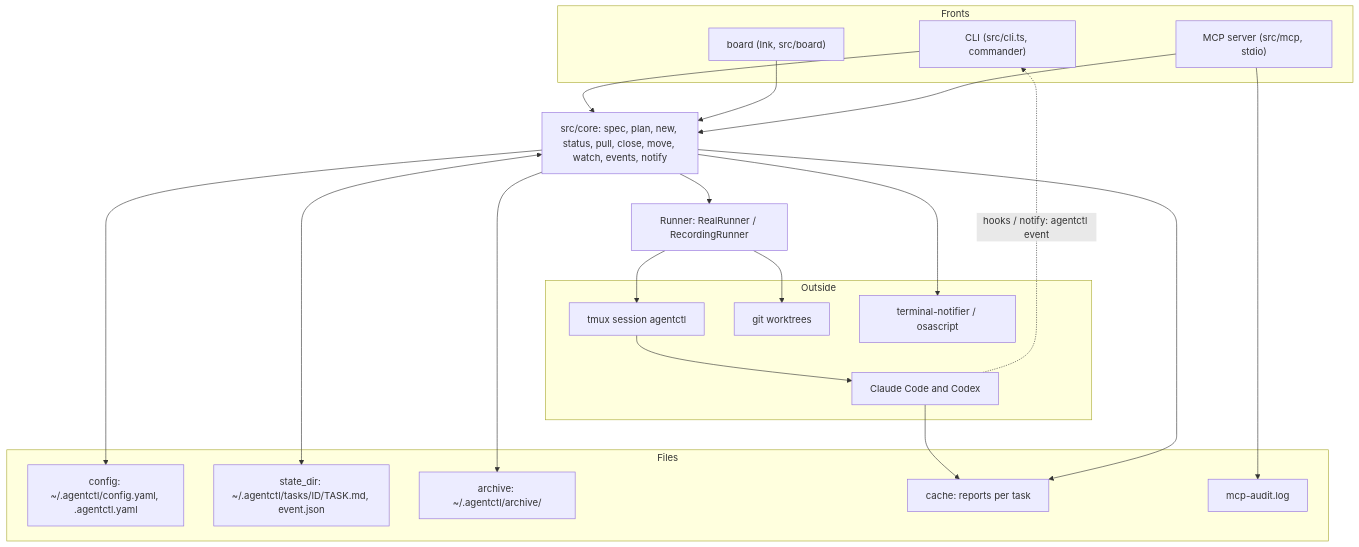
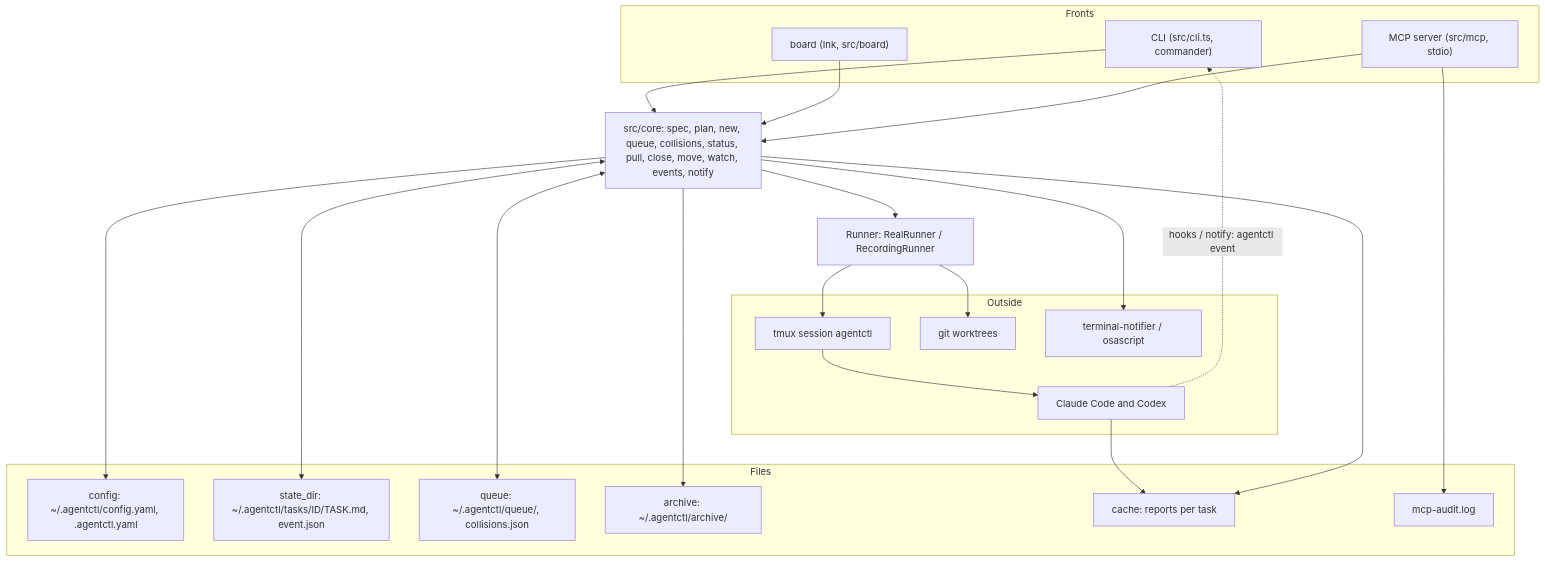
One commit to Setech-pl/agentctl changed the second of 3 diagrams in README.md. Above: the diagram before and after it, drawn with Mermaid. The commit also changed other lines of this file and 7 other files, not shown here.

Commit message:
Documentation for 0.9.0: Queue, Dependencies and Collisions in both READMEs, details, configuration and MCP docs, diagrams with the queue, CHANGELOG, version 0.9.0

````diff
--- a/README.md
+++ b/README.md
@@ -68,38 +78,40 @@
 ```mermaid
 flowchart TB
     subgraph fronts [Fronts]
         CLI["CLI (src/cli.ts, commander)"]
         BOARD["board (Ink, src/board)"]
         MCP["MCP server (src/mcp, stdio)"]
     end
-    CORE["src/core: spec, plan, new, status, pull, close, move, watch, events, notify"]
+    CORE["src/core: spec, plan, new, queue, collisions, status, pull, close, move, watch, events, notify"]
     RUN["Runner: RealRunner / RecordingRunner"]
     subgraph world [Outside]
         TMUX[tmux session agentctl]
         GIT[git worktrees]
         AG[Claude Code and Codex]
         NOTE[terminal-notifier / osascript]
     end
     subgraph disk [Files]
         CFG["config: ~/.agentctl/config.yaml, .agentctl.yaml"]
         STATE["state_dir: ~/.agentctl/tasks/ID/TASK.md, event.json"]
+        QUEUE["queue: ~/.agentctl/queue/, collisions.json"]
         ARCH["archive: ~/.agentctl/archive/"]
         REP["cache: reports per task"]
         AUDIT["mcp-audit.log"]
     end
     CLI --> CORE
     BOARD --> CORE
     MCP --> CORE
     CORE --> RUN
     RUN --> TMUX
     RUN --> GIT
     TMUX --> AG
     AG -. "hooks / notify: agentctl event" .-> CLI
     CORE --> NOTE
     CORE <--> STATE
+    CORE <--> QUEUE
     CORE --> ARCH
     CORE --> CFG
     AG --> REP
     CORE --> REP
     MCP --> AUDIT
 ```
````
